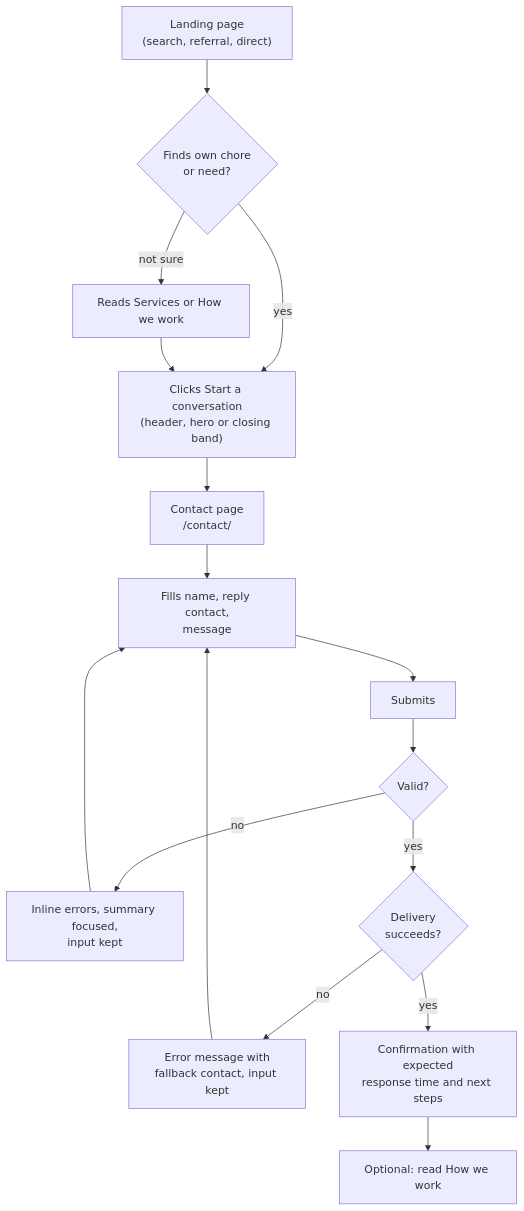
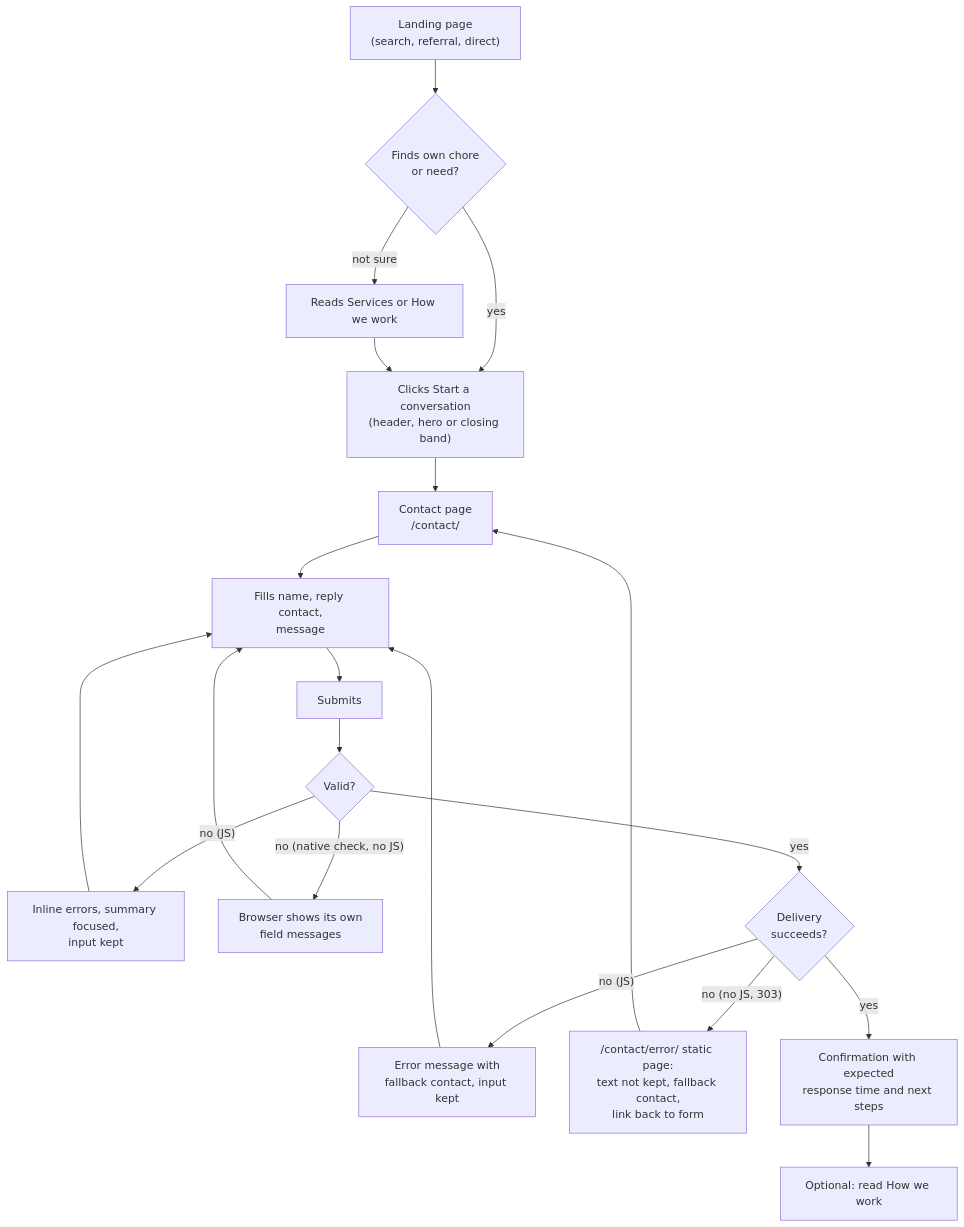
One commit to clockvane/website changed the first of 5 diagrams in docs/design/user-flows.md. Above: the diagram before and after it, drawn with Mermaid. The commit also changed other lines of this file and 1 other file, not shown here.

Commit message:
docs(design): fix no-JS form path, nav disclosure, 404 and empty proof wording
Agent-Role: ux-designer

````diff
--- a/docs/design/user-flows.md
+++ b/docs/design/user-flows.md
@@ -11,18 +11,22 @@
 ```mermaid
 flowchart TD
   L["Landing page<br/>(search, referral, direct)"] --> R{"Finds own chore<br/>or need?"}
   R -->|"yes"| CTA["Clicks Start a conversation<br/>(header, hero or closing band)"]
   R -->|"not sure"| EX["Reads Services or How we work"]
   EX --> CTA
   CTA --> CF["Contact page<br/>/contact/"]
   CF --> FILL["Fills name, reply contact,<br/>message"]
   FILL --> SUB["Submits"]
   SUB --> VAL{"Valid?"}
-  VAL -->|"no"| ERR["Inline errors, summary focused,<br/>input kept"]
+  VAL -->|"no (JS)"| ERR["Inline errors, summary focused,<br/>input kept"]
+  VAL -->|"no (native check, no JS)"| NAT["Browser shows its own<br/>field messages"]
+  NAT --> FILL
   ERR --> FILL
   VAL -->|"yes"| SEND{"Delivery<br/>succeeds?"}
-  SEND -->|"no"| FAIL["Error message with<br/>fallback contact, input kept"]
+  SEND -->|"no (JS)"| FAIL["Error message with<br/>fallback contact, input kept"]
+  SEND -->|"no (no JS, 303)"| EP["/contact/error/ static page:<br/>text not kept, fallback contact,<br/>link back to form"]
+  EP --> CF
   FAIL --> FILL
   SEND -->|"yes"| OK["Confirmation with expected<br/>response time and next steps"]
   OK --> NEXT["Optional: read How we work"]
 ```
````
